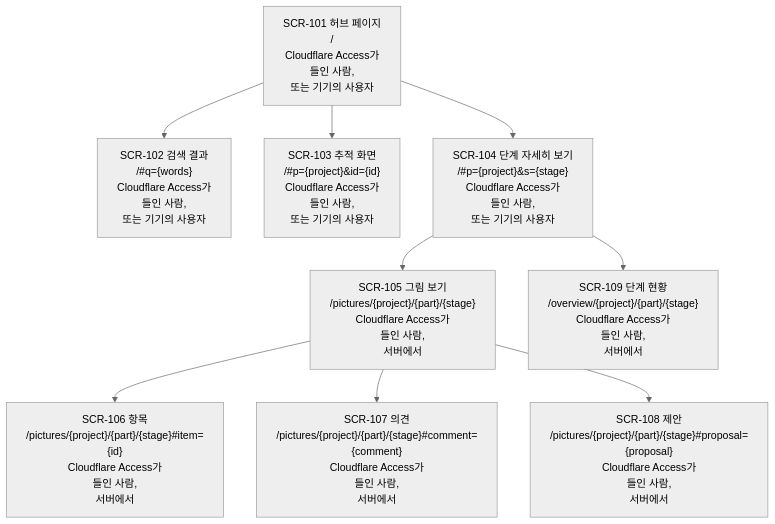
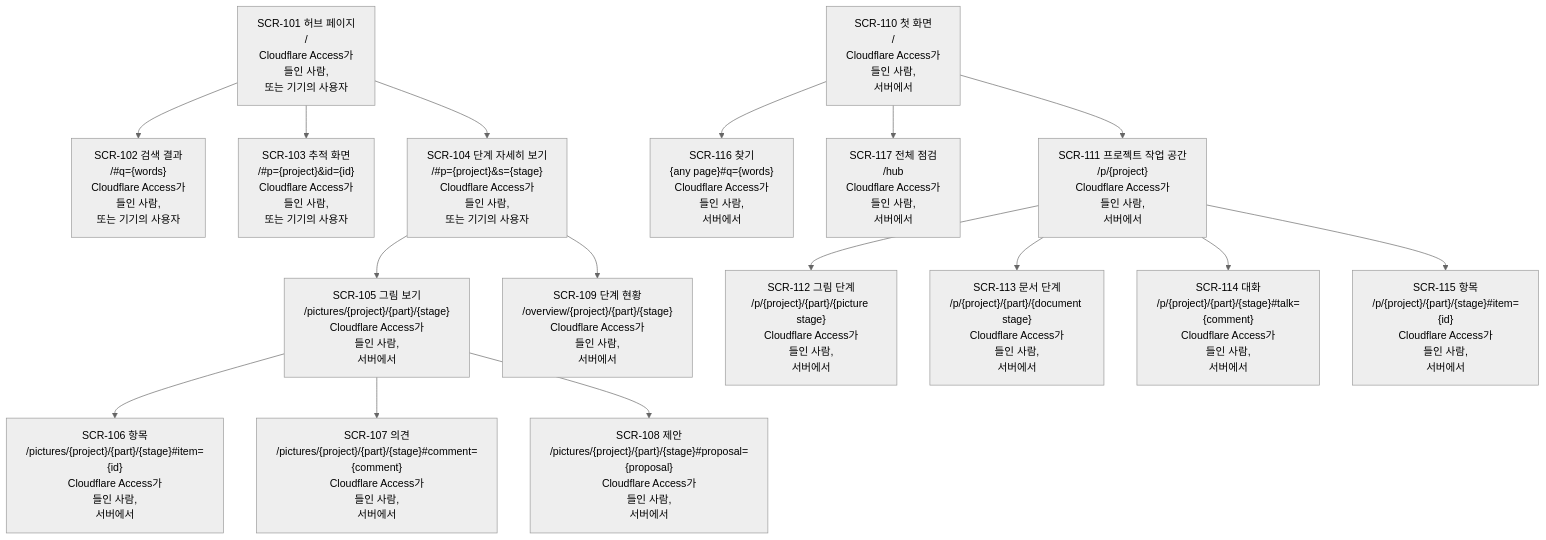
The diagram in docs/07-sitemap/nexus.ko.md (kodonghui/corthex-nexus), drawn with Mermaid (neutral theme) before and after one commit. The commit also changed other lines of this file and 24 other files, not shown here.

First line of the commit message:
docs(nexus): plan the redesign's screens, flows and contracts

````diff
--- a/docs/07-sitemap/nexus.ko.md
+++ b/docs/07-sitemap/nexus.ko.md
@@ -37,12 +54,20 @@
 ```mermaid
 flowchart TD
   SCR101["SCR-101 허브 페이지<br/>/<br/>Cloudflare Access가<br/>들인 사람,<br/>또는 기기의 사용자"]
   SCR101 --> SCR102["SCR-102 검색 결과<br/>/#q={words}<br/>Cloudflare Access가<br/>들인 사람,<br/>또는 기기의 사용자"]
   SCR101 --> SCR103["SCR-103 추적 화면<br/>/#p={project}&id={id}<br/>Cloudflare Access가<br/>들인 사람,<br/>또는 기기의 사용자"]
   SCR101 --> SCR104["SCR-104 단계 자세히 보기<br/>/#p={project}&s={stage}<br/>Cloudflare Access가<br/>들인 사람,<br/>또는 기기의 사용자"]
   SCR104 --> SCR105["SCR-105 그림 보기<br/>/pictures/{project}/{part}/{stage}<br/>Cloudflare Access가<br/>들인 사람,<br/>서버에서"]
   SCR105 --> SCR106["SCR-106 항목<br/>/pictures/{project}/{part}/{stage}#item={id}<br/>Cloudflare Access가<br/>들인 사람,<br/>서버에서"]
   SCR105 --> SCR107["SCR-107 의견<br/>/pictures/{project}/{part}/{stage}#comment={comment}<br/>Cloudflare Access가<br/>들인 사람,<br/>서버에서"]
   SCR105 --> SCR108["SCR-108 제안<br/>/pictures/{project}/{part}/{stage}#proposal={proposal}<br/>Cloudflare Access가<br/>들인 사람,<br/>서버에서"]
   SCR104 --> SCR109["SCR-109 단계 현황<br/>/overview/{project}/{part}/{stage}<br/>Cloudflare Access가<br/>들인 사람,<br/>서버에서"]
+  SCR110["SCR-110 첫 화면<br/>/<br/>Cloudflare Access가<br/>들인 사람,<br/>서버에서"]
+  SCR110 --> SCR116["SCR-116 찾기<br/>{any page}#q={words}<br/>Cloudflare Access가<br/>들인 사람,<br/>서버에서"]
+  SCR110 --> SCR117["SCR-117 전체 점검<br/>/hub<br/>Cloudflare Access가<br/>들인 사람,<br/>서버에서"]
+  SCR110 --> SCR111["SCR-111 프로젝트 작업 공간<br/>/p/{project}<br/>Cloudflare Access가<br/>들인 사람,<br/>서버에서"]
+  SCR111 --> SCR112["SCR-112 그림 단계<br/>/p/{project}/{part}/{picture stage}<br/>Cloudflare Access가<br/>들인 사람,<br/>서버에서"]
+  SCR111 --> SCR113["SCR-113 문서 단계<br/>/p/{project}/{part}/{document stage}<br/>Cloudflare Access가<br/>들인 사람,<br/>서버에서"]
+  SCR111 --> SCR114["SCR-114 대화<br/>/p/{project}/{part}/{stage}#talk={comment}<br/>Cloudflare Access가<br/>들인 사람,<br/>서버에서"]
+  SCR111 --> SCR115["SCR-115 항목<br/>/p/{project}/{part}/{stage}#item={id}<br/>Cloudflare Access가<br/>들인 사람,<br/>서버에서"]
 ```
````
